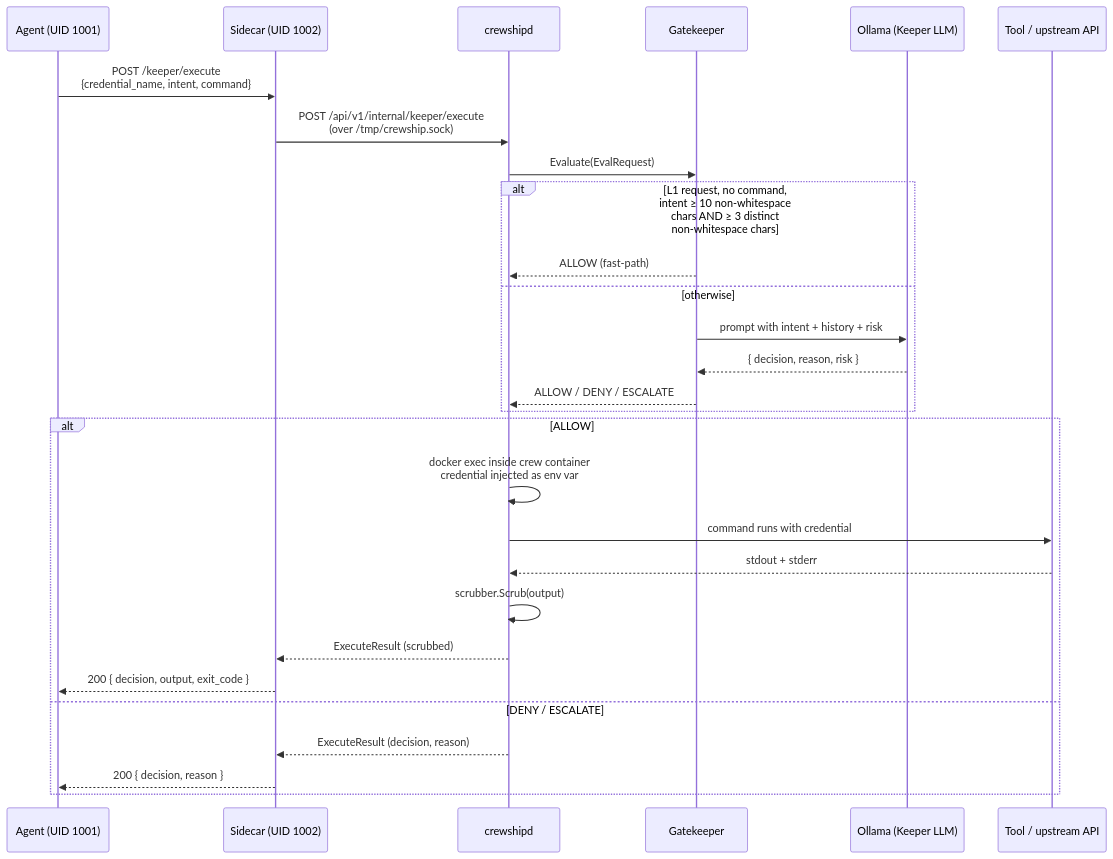
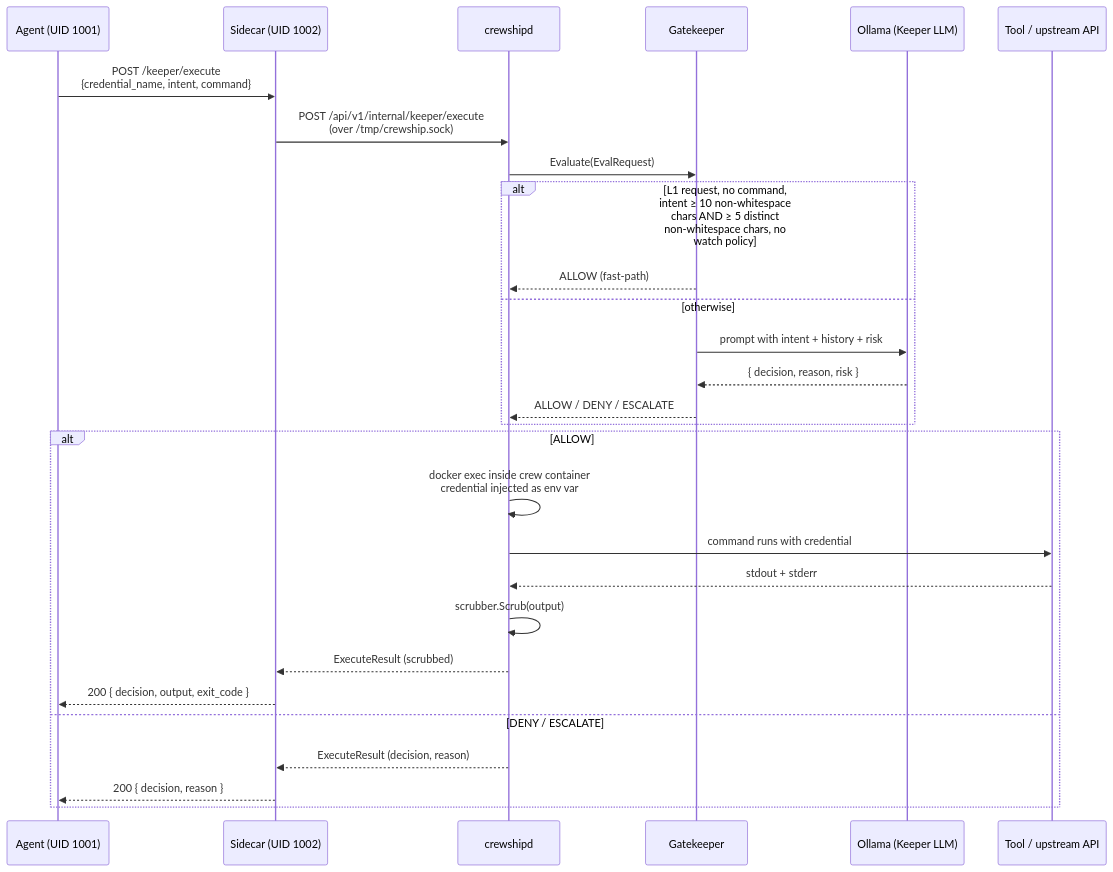
Before and after one commit to crewship-ai/crewship: the diagram in docs/architecture.mdx, drawn with Mermaid. The commit also changed other lines of this file and 5 other files, not shown here.

````diff
--- a/docs/architecture.mdx
+++ b/docs/architecture.mdx
@@ -244,31 +245,31 @@
 ```mermaid
 sequenceDiagram
     participant Agent as Agent (UID 1001)
     participant Side as Sidecar (UID 1002)
     participant Cd as crewshipd
     participant GK as Gatekeeper
     participant LLM as Ollama (Keeper LLM)
     participant Tool as Tool / upstream API
 
     Agent->>Side: POST /keeper/execute<br/>{credential_name, intent, command}
     Side->>Cd: POST /api/v1/internal/keeper/execute<br/>(over /tmp/crewship.sock)
     Cd->>GK: Evaluate(EvalRequest)
-    alt L1 request, no command, intent ≥ 10 non-whitespace chars AND ≥ 3 distinct non-whitespace chars
+    alt L1 request, no command, intent ≥ 10 non-whitespace chars AND ≥ 5 distinct non-whitespace chars, no watch policy
         GK-->>Cd: ALLOW (fast-path)
     else otherwise
         GK->>LLM: prompt with intent + history + risk
         LLM-->>GK: { decision, reason, risk }
         GK-->>Cd: ALLOW / DENY / ESCALATE
     end
     alt ALLOW
         Cd->>Cd: docker exec inside crew container<br/>credential injected as env var
         Cd->>Tool: command runs with credential
         Tool-->>Cd: stdout + stderr
         Cd->>Cd: scrubber.Scrub(output)
         Cd-->>Side: ExecuteResult (scrubbed)
         Side-->>Agent: 200 { decision, output, exit_code }
     else DENY / ESCALATE
         Cd-->>Side: ExecuteResult (decision, reason)
         Side-->>Agent: 200 { decision, reason }
     end
 ```
````
